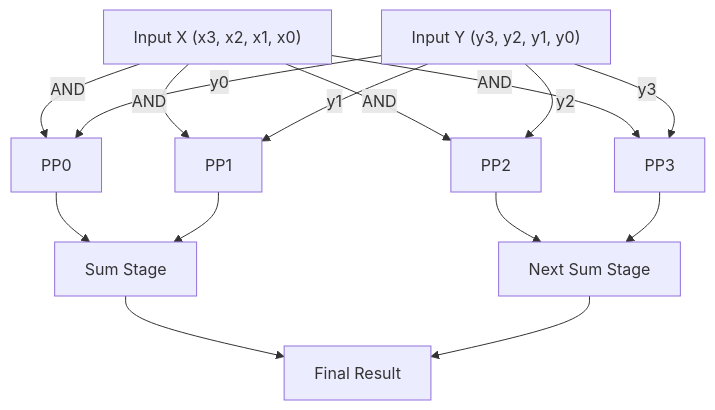
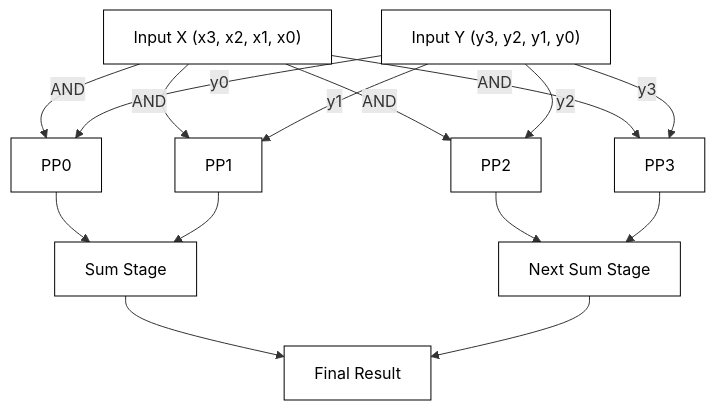
The second of 2 diagrams in docs/info.md (BukowskiFilip/tt09-secB-B15-array-multiplier), drawn with Mermaid before and after one commit.

````diff
--- a/docs/info.md
+++ b/docs/info.md
@@ -138,23 +138,33 @@
 ```mermaid
 flowchart TD
+    style A fill:#ffffff,stroke:#000000,color:#000000
+    style B fill:#ffffff,stroke:#000000,color:#000000
+    style PP0 fill:#ffffff,stroke:#000000,color:#000000
+    style PP1 fill:#ffffff,stroke:#000000,color:#000000
+    style PP2 fill:#ffffff,stroke:#000000,color:#000000
+    style PP3 fill:#ffffff,stroke:#000000,color:#000000
+    style S1 fill:#ffffff,stroke:#000000,color:#000000
+    style S2 fill:#ffffff,stroke:#000000,color:#000000
+    style Final fill:#ffffff,stroke:#000000,color:#000000
+
     A["Input X (x3, x2, x1, x0)"] -->|AND| PP0["PP0"];
     A -->|AND| PP1["PP1"];
     A -->|AND| PP2["PP2"];
     A -->|AND| PP3["PP3"];
 
     B["Input Y (y3, y2, y1, y0)"] -->|y0| PP0;
     B -->|y1| PP1;
     B -->|y2| PP2;
     B -->|y3| PP3;
 
     PP0 --> S1["Sum Stage"];
     PP1 --> S1;
     PP2 --> S2["Next Sum Stage"];
     PP3 --> S2;
 
     S1 --> Final["Final Result"];
     S2 --> Final;
 
 
 
 ```
````
